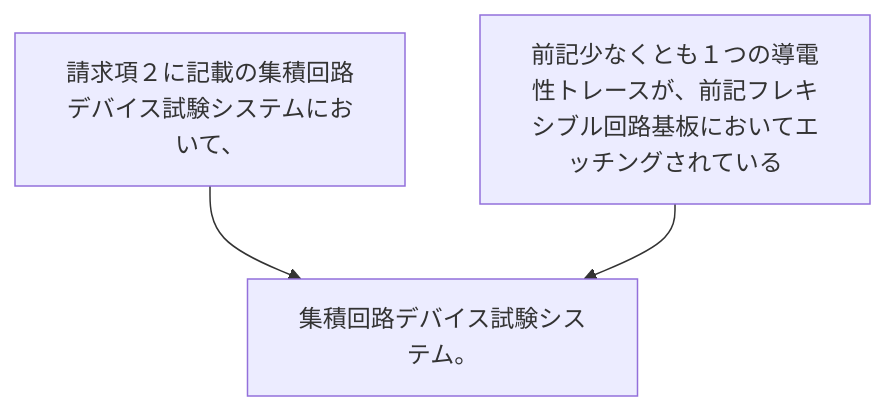
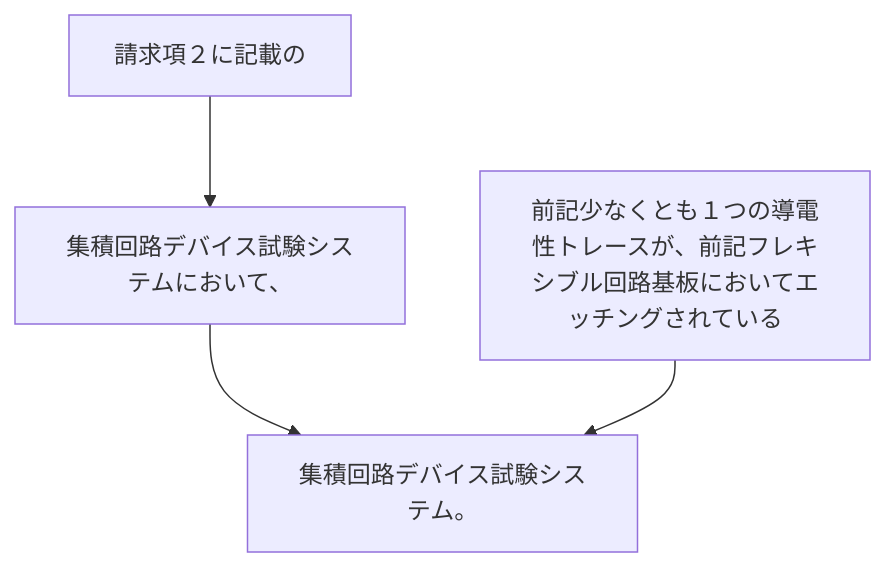
The diagram in 2024/JP2024023283A/claim_3/README.md (shinmori55/patent_analyzed), drawn with Mermaid before and after one commit. The commit also changed 336 other files, not shown here.

````diff
--- a/2024/JP2024023283A/claim_3/README.md
+++ b/2024/JP2024023283A/claim_3/README.md
@@ -3,8 +3,10 @@
 ```mermaid
 flowchart TD
-A[請求項２に記載の集積回路デバイス試験システムにおいて、]
-B[前記少なくとも１つの導電性トレースが、前記フレキシブル回路基板においてエッチングされている]
-C[集積回路デバイス試験システム。]
-A --> C
-B --> C
+A[請求項２に記載の]
+B[集積回路デバイス試験システムにおいて、]
+C[前記少なくとも１つの導電性トレースが、前記フレキシブル回路基板においてエッチングされている]
+D[集積回路デバイス試験システム。]
+A --> B
+B --> D
+C --> D
 ```
````
